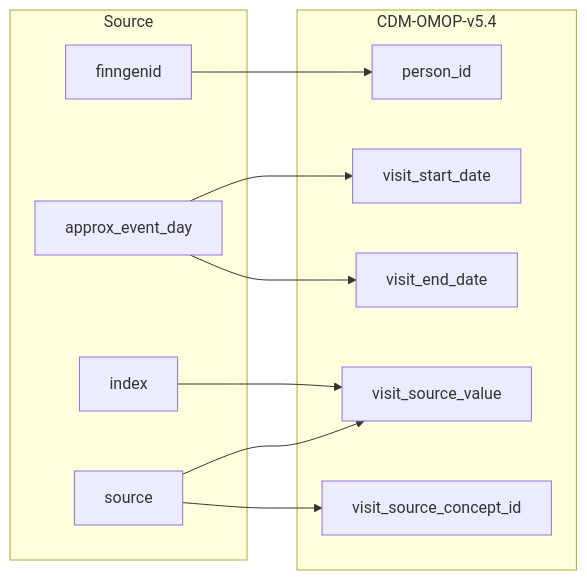
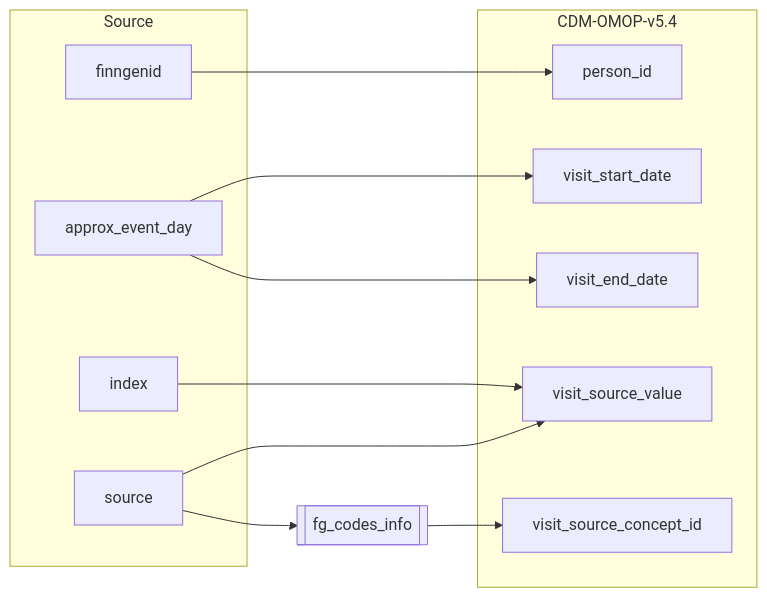
One commit to FINNGEN/ETL changed the first of 6 diagrams in 2_etl_specifications/documentation/visit_occurrence.md. Above: the diagram before and after it, drawn with Mermaid. The commit also changed other lines of this file and 1 other file, not shown here.

````diff
--- a/2_etl_specifications/documentation/visit_occurrence.md
+++ b/2_etl_specifications/documentation/visit_occurrence.md
@@ -5,24 +5,26 @@
 ```mermaid
 flowchart LR
     subgraph Source
         finngenid
-        source
         approx_event_day
         index
+        source
     end
 
     subgraph CDM-OMOP-v5.4
         person_id
         visit_start_date
         visit_end_date
         visit_source_value
         visit_source_concept_id
     end
 
     finngenid-->person_id
     source-->visit_source_value
     approx_event_day-->visit_start_date
     approx_event_day-->visit_end_date
     index-->visit_source_value
-    source-->visit_source_concept_id
+    fg_codes_info-->visit_source_concept_id
+
+    source -->  fg_codes_info[[fg_codes_info]]
 ```
````
